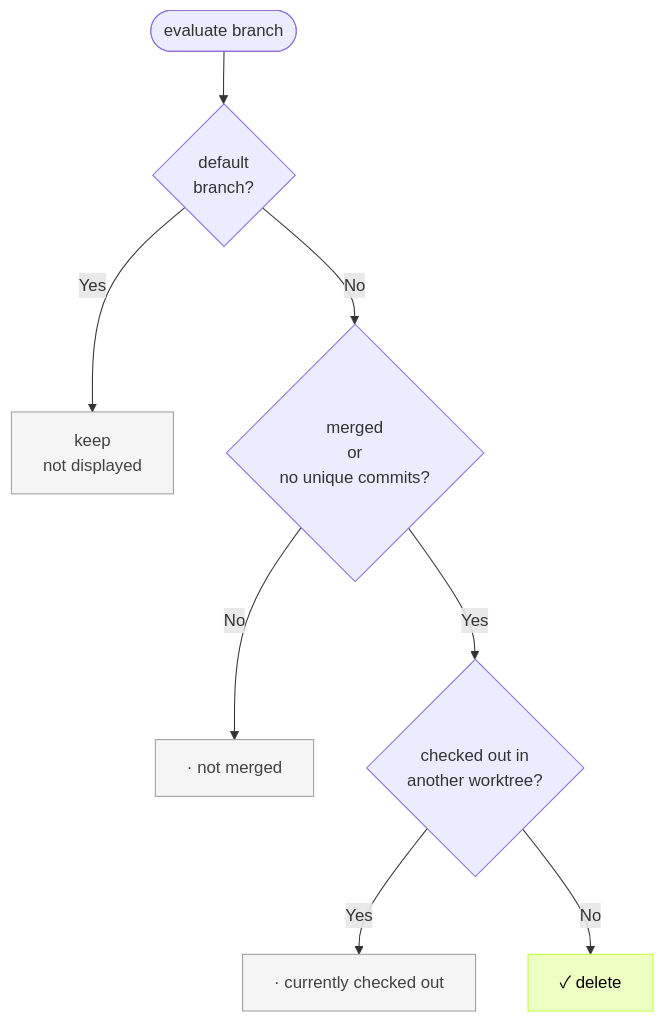
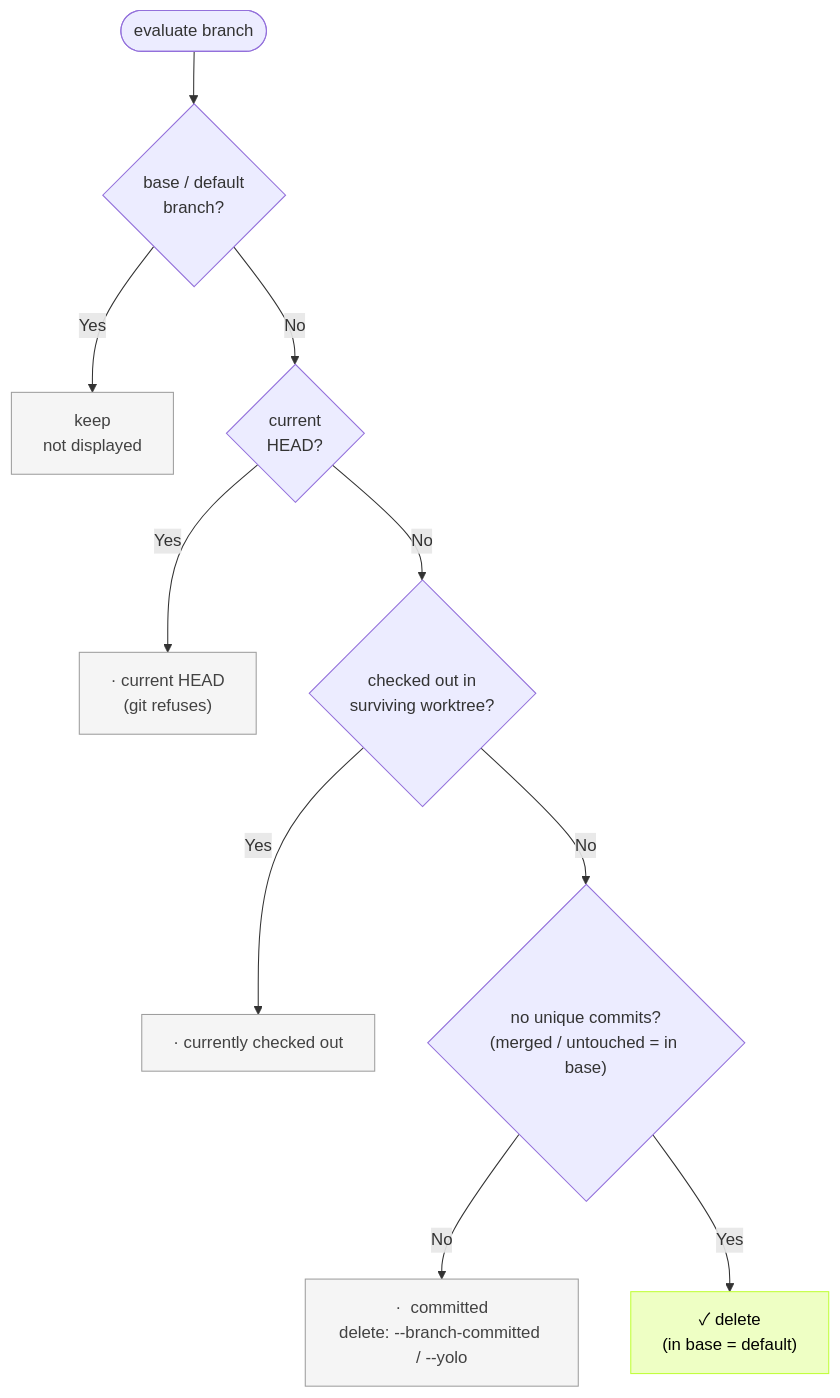
The second of 2 diagrams in README.md (nozomiishii/git-harvest), drawn with Mermaid before and after one commit. The commit also changed other lines of this file and 31 other files, not shown here.

````diff
--- a/README.md
+++ b/README.md
@@ -218,14 +292,16 @@
 ```mermaid
 flowchart TD
-    Start([evaluate branch]) --> Default{default<br/>branch?}
-    Default -->|Yes| KeepDefault[keep<br/>not displayed]
-    Default -->|No| Deletable{merged<br/>or<br/>no unique commits?}
-    Deletable -->|No| KeepNotMerged["·  not merged"]
-    Deletable -->|Yes| CheckedOut{checked out in<br/>another worktree?}
+    Start([evaluate branch]) --> Base{"base / default<br/>branch?"}
+    Base -->|Yes| KeepBase[keep<br/>not displayed]
+    Base -->|No| Head{"current<br/>HEAD?"}
+    Head -->|Yes| KeepHead["·  current HEAD<br/>(git refuses)"]
+    Head -->|No| CheckedOut{"checked out in<br/>surviving worktree?"}
     CheckedOut -->|Yes| KeepCheckedOut["·  currently checked out"]
-    CheckedOut -->|No| Delete["✓  delete"]
+    CheckedOut -->|No| InBase{"no unique commits?<br/>(merged / untouched = in base)"}
+    InBase -->|No| KeepCommitted["·  committed<br/>delete: --branch-committed / --yolo"]
+    InBase -->|Yes| DeleteMerged["✓  delete<br/>(in base = default)"]
     classDef keep fill:#f5f5f5,stroke:#9e9e9e,color:#424242
     classDef delete fill:#eeffc4,stroke:#C0FF39,color:#000
-    class KeepDefault,KeepNotMerged,KeepCheckedOut keep
-    class Delete delete
+    class KeepBase,KeepHead,KeepCheckedOut,KeepCommitted keep
+    class DeleteMerged delete
 ```
````
